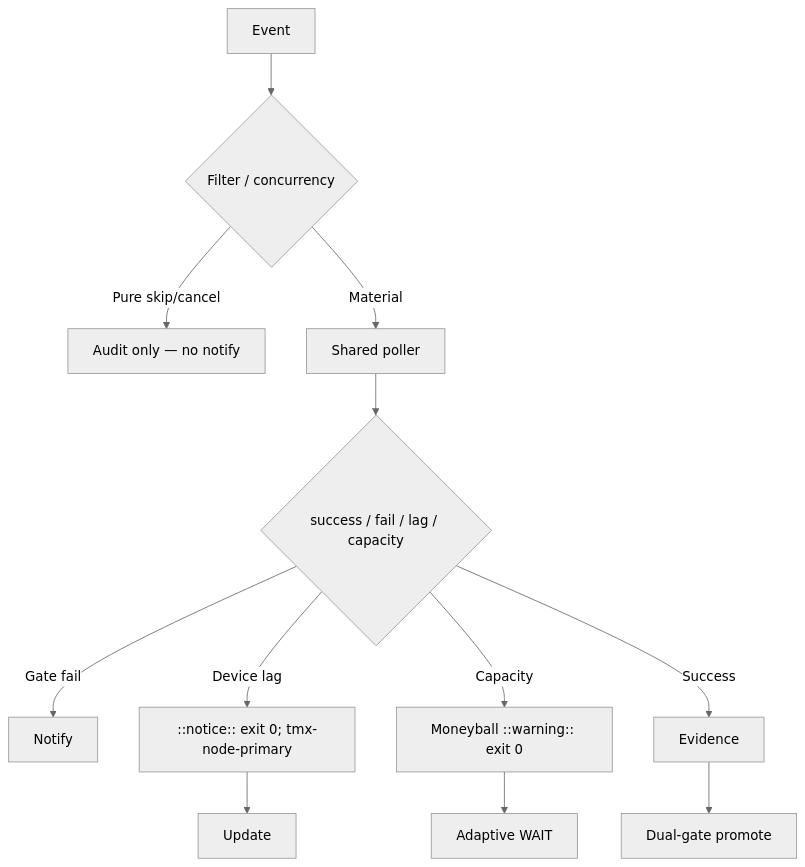
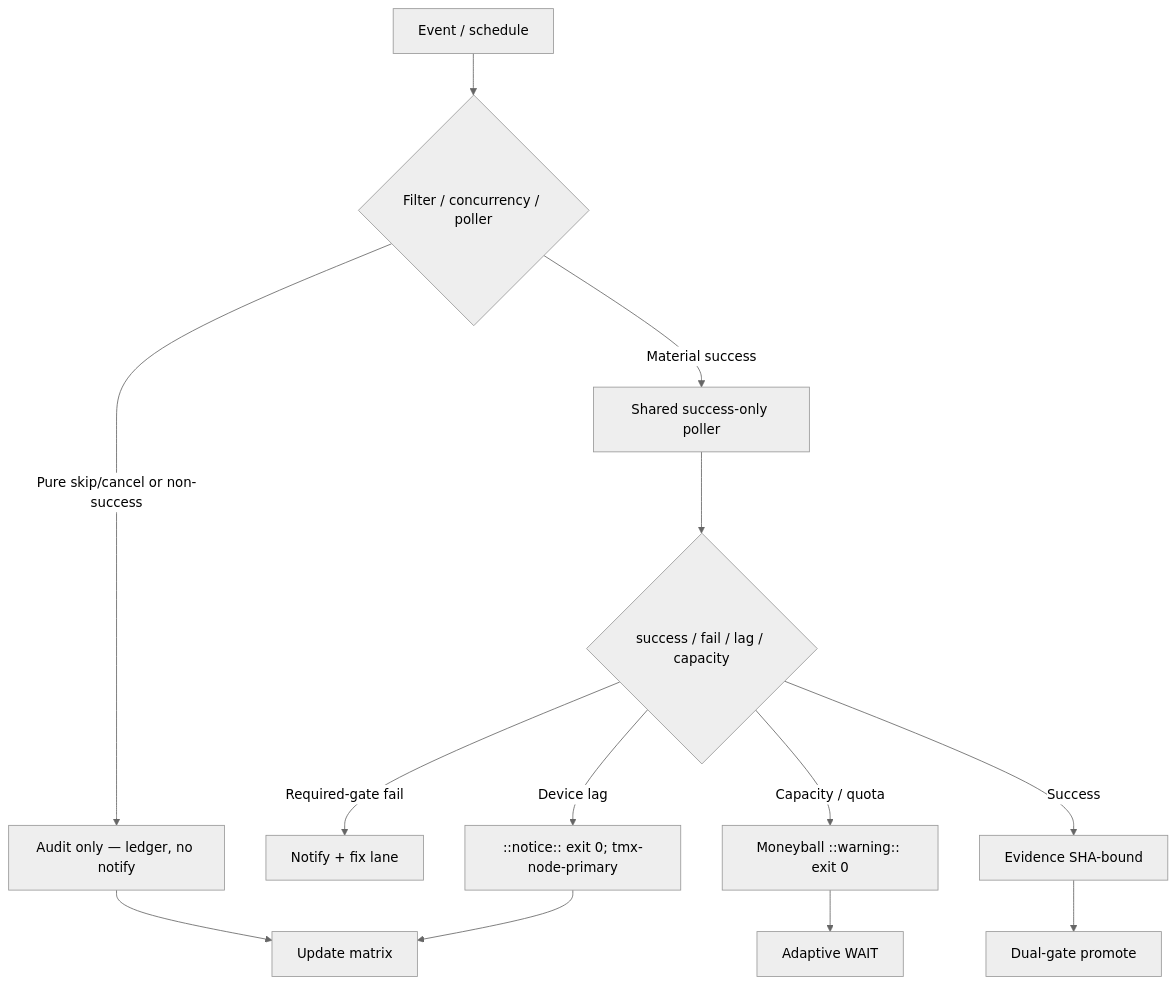
Before and after one commit to timerloggedout-spec/termux-monorepo: the diagram in docs/ops/ACTIONS-CONSOLIDATED-MATRIX-2026-10-25.md, drawn with Mermaid (neutral theme). The commit also changed other lines of this file, not shown here.

First line of the commit message:
ops(matrix): live refresh consolidated Actions matrix 2026-10-25 tip c0f20a0b — skip/cancel audit, Pinggy device#1 required, cadence/cache poller plan, zero hard failures

````diff
--- a/docs/ops/ACTIONS-CONSOLIDATED-MATRIX-2026-10-25.md
+++ b/docs/ops/ACTIONS-CONSOLIDATED-MATRIX-2026-10-25.md
@@ -35,14 +35,15 @@
 ```mermaid
 flowchart TD
-  Event[Event] --> Router{Filter / concurrency}
-  Router -->|Pure skip/cancel| Audit[Audit only — no notify]
-  Router -->|Material| Poller[Shared poller]
+  Event[Event / schedule] --> Router{Filter / concurrency / poller}
+  Router -->|Pure skip/cancel or non-success| Audit[Audit only — ledger, no notify]
+  Router -->|Material success| Poller[Shared success-only poller]
   Poller --> Classify{success / fail / lag / capacity}
-  Classify -->|Gate fail| Alert[Notify]
+  Classify -->|Required-gate fail| Alert[Notify + fix lane]
   Classify -->|Device lag| Notice[::notice:: exit 0; tmx-node-primary]
-  Classify -->|Capacity| Defer[Moneyball ::warning:: exit 0]
-  Classify -->|Success| Receipt[Evidence]
-  Notice --> Matrix[Update]
+  Classify -->|Capacity / quota| Defer[Moneyball ::warning:: exit 0]
+  Classify -->|Success| Receipt[Evidence SHA-bound]
+  Notice --> Matrix[Update matrix]
   Defer --> Wait[Adaptive WAIT]
   Receipt --> Promote[Dual-gate promote]
+  Audit --> Matrix
 ```
````
